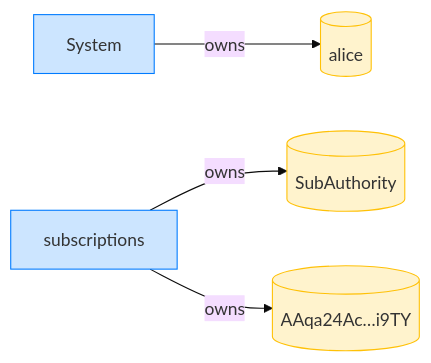
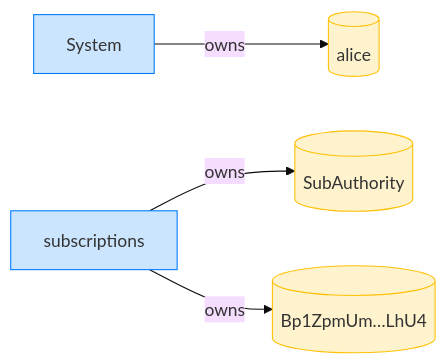
One commit to cds-rs/subscriptions changed diagram 16 of 16 in dsl_tests/create-multiple-delegations-at-different-nonces.md. Above: the diagram before and after it, drawn with Mermaid (base theme). The commit also changed other lines of this file and 224 other files, not shown here.

````diff
--- a/dsl_tests/create-multiple-delegations-at-different-nonces.md
+++ b/dsl_tests/create-multiple-delegations-at-different-nonces.md
@@ -293,13 +307,13 @@
 ```mermaid
 flowchart LR
     classDef owner fill:#cce5ff,stroke:#007bff;
     classDef account fill:#fff3cd,stroke:#ffc107;
     System[System]:::owner
     alice[(alice)]:::account
     subscriptions[subscriptions]:::owner
     SubAuthority[(SubAuthority)]:::account
-    AAqa24Ac_i9TY[("AAqa24Ac…i9TY")]:::account
+    Bp1ZpmUm_LhU4[("Bp1ZpmUm…LhU4")]:::account
     System -->|owns| alice
     subscriptions -->|owns| SubAuthority
-    subscriptions -->|owns| AAqa24Ac_i9TY
+    subscriptions -->|owns| Bp1ZpmUm_LhU4
 ```
````
